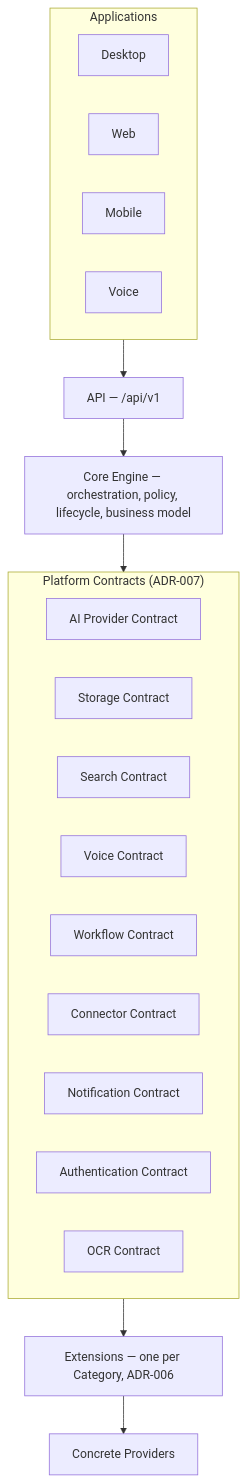
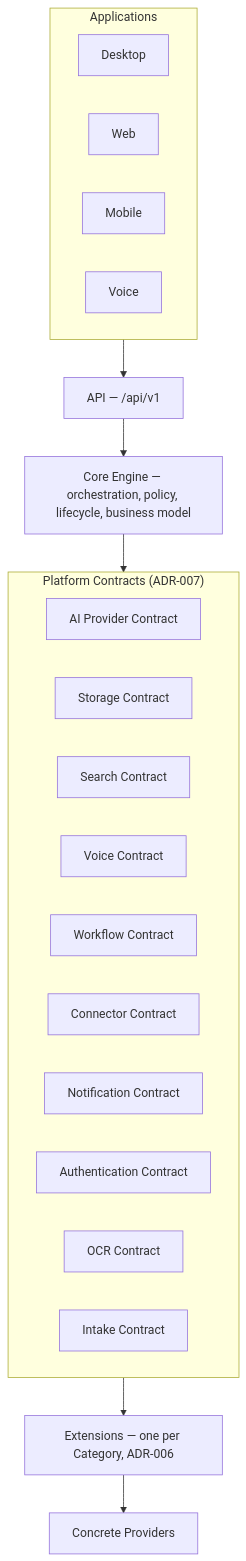
One commit to sameralamou-byte/SmartArchive changed the first of 2 diagrams in documentation/adr/ADR-007-extension-interface-platform-contracts.md. Above: the diagram before and after it, drawn with Mermaid. The commit also changed other lines of this file and 10 other files, not shown here.

Commit message:
docs(architecture): establish and synchronize ESA ADR-010–013

````diff
--- a/documentation/adr/ADR-007-extension-interface-platform-contracts.md
+++ b/documentation/adr/ADR-007-extension-interface-platform-contracts.md
@@ -45,28 +47,29 @@
 ```mermaid
 graph TD
     subgraph Apps["Applications"]
         Desktop[Desktop]
         Web[Web]
         Mobile[Mobile]
         Voice[Voice]
     end
 
     Apps --> API[API — /api/v1]
     API --> Core[Core Engine — orchestration, policy, lifecycle, business model]
 
     subgraph Contracts["Platform Contracts (ADR-007)"]
         AIContract[AI Provider Contract]
         StorageContract[Storage Contract]
         SearchContract[Search Contract]
         VoiceContract[Voice Contract]
         WorkflowContract[Workflow Contract]
         ConnectorContract[Connector Contract]
         NotificationContract[Notification Contract]
         AuthContract[Authentication Contract]
         OCRContract[OCR Contract]
+        IntakeContract[Intake Contract]
     end
 
     Core --> Contracts
     Contracts --> Extensions[Extensions — one per Category, ADR-006]
     Extensions --> Providers[Concrete Providers]
 ```
````
